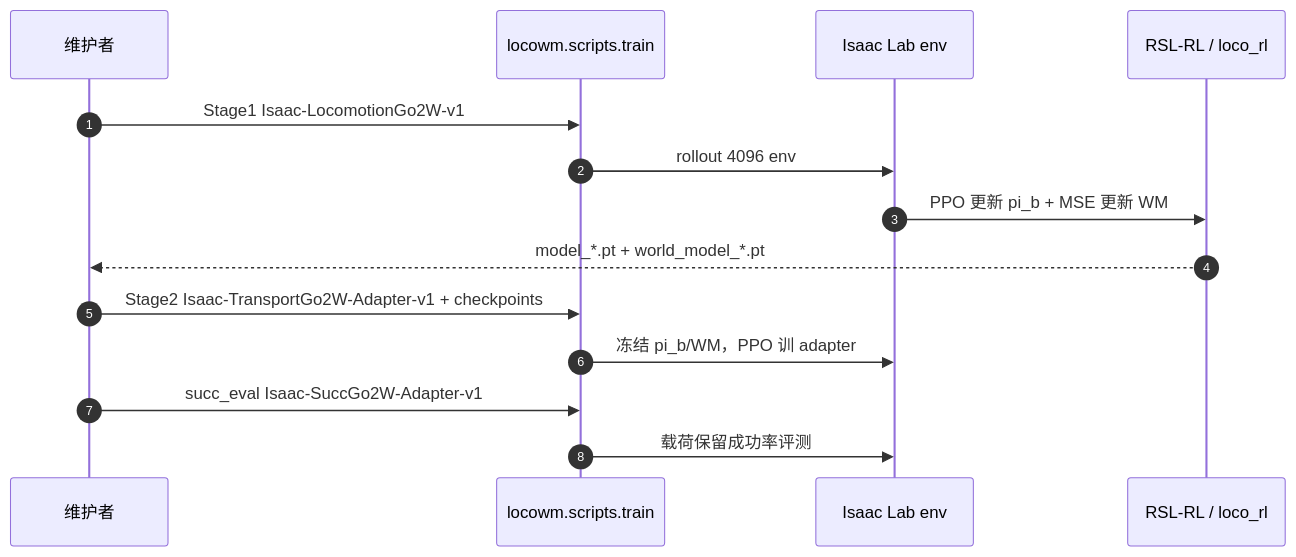
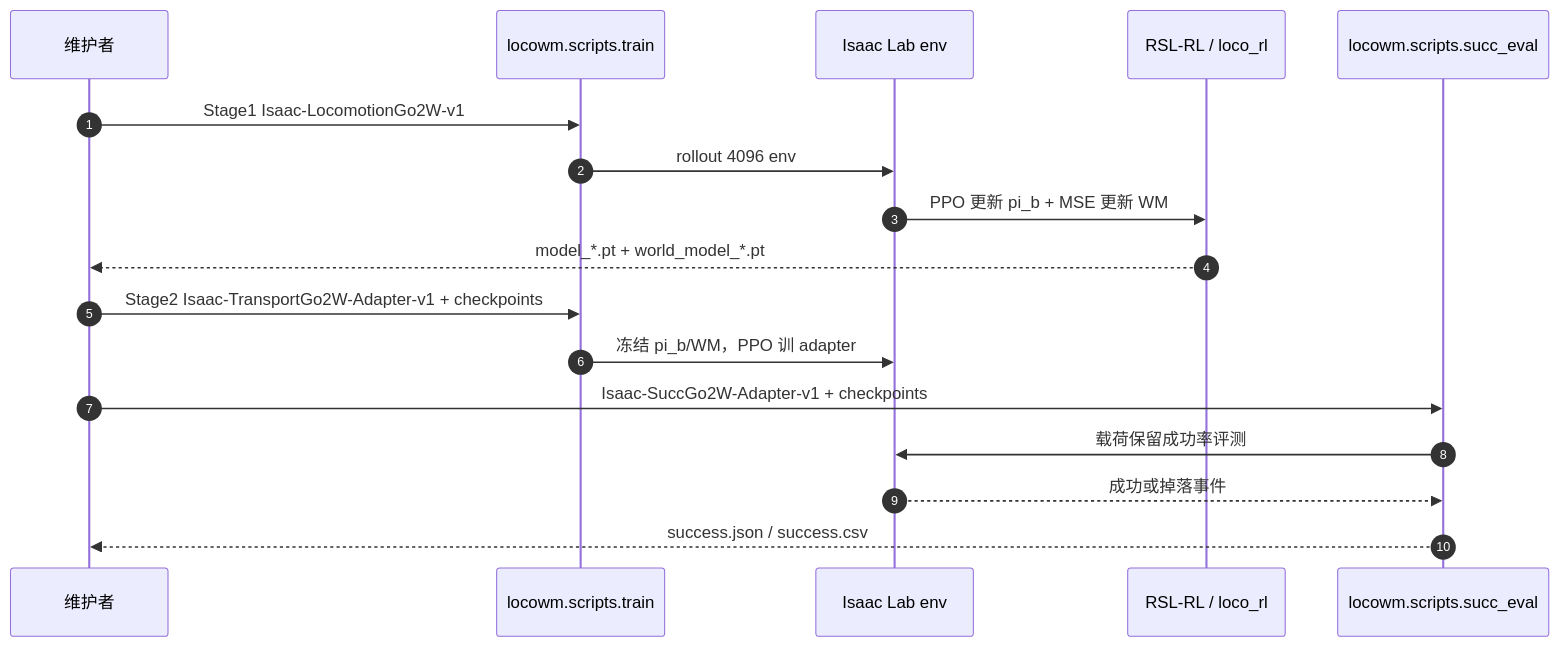
One commit to ImChong/Robotics_Notebooks changed the second of 2 diagrams in wiki/entities/paper-locowm.md. Above: the diagram before and after it, drawn with Mermaid. The commit also changed other lines of this file and 17 other files, not shown here.

````diff
--- a/wiki/entities/paper-locowm.md
+++ b/wiki/entities/paper-locowm.md
@@ -84,16 +85,19 @@
 ```mermaid
 sequenceDiagram
   autonumber
   participant User as 维护者
   participant Train as locowm.scripts.train
   participant IL as Isaac Lab env
   participant RSL as RSL-RL / loco_rl
+  participant Eval as locowm.scripts.succ_eval
   User->>Train: Stage1 Isaac-LocomotionGo2W-v1
   Train->>IL: rollout 4096 env
   IL->>RSL: PPO 更新 pi_b + MSE 更新 WM
   RSL-->>User: model_*.pt + world_model_*.pt
   User->>Train: Stage2 Isaac-TransportGo2W-Adapter-v1 + checkpoints
   Train->>IL: 冻结 pi_b/WM，PPO 训 adapter
-  User->>Train: succ_eval Isaac-SuccGo2W-Adapter-v1
-  Train->>IL: 载荷保留成功率评测
+  User->>Eval: Isaac-SuccGo2W-Adapter-v1 + checkpoints
+  Eval->>IL: 载荷保留成功率评测
+  IL-->>Eval: 成功或掉落事件
+  Eval-->>User: success.json / success.csv
 ```
````
